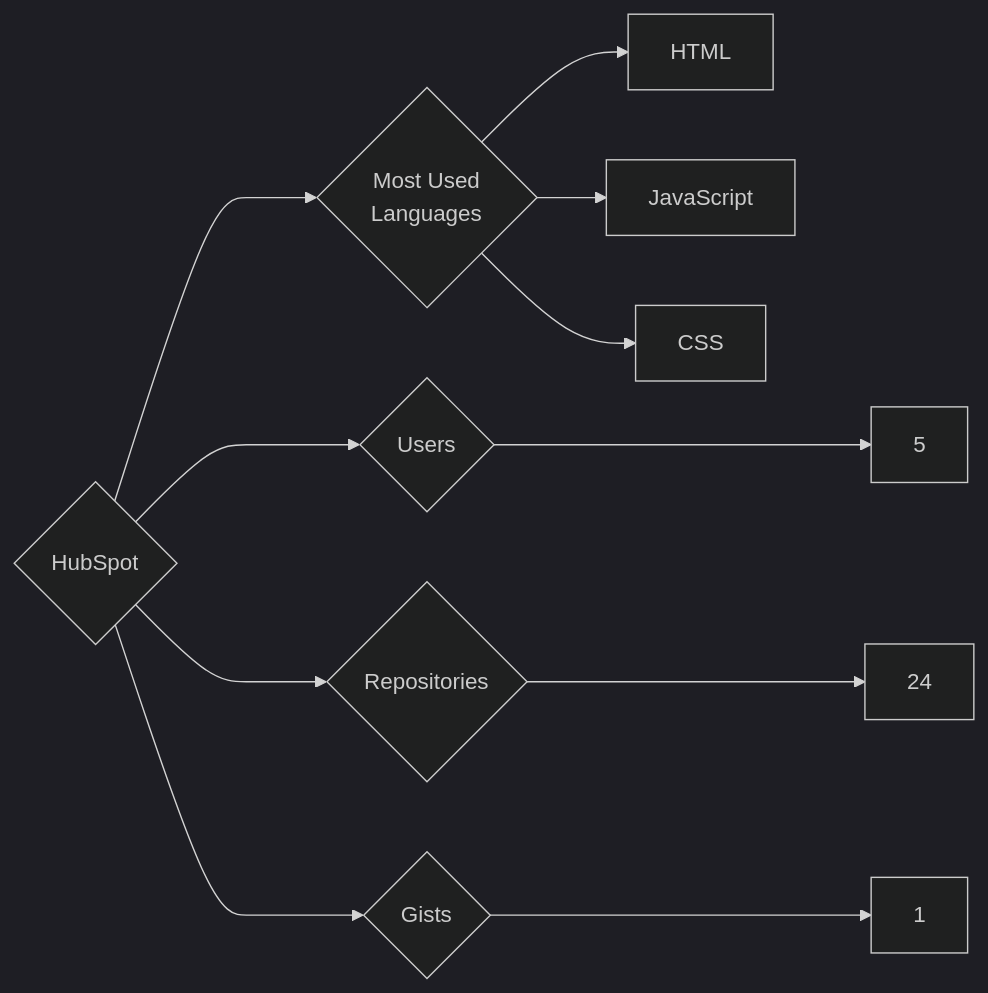
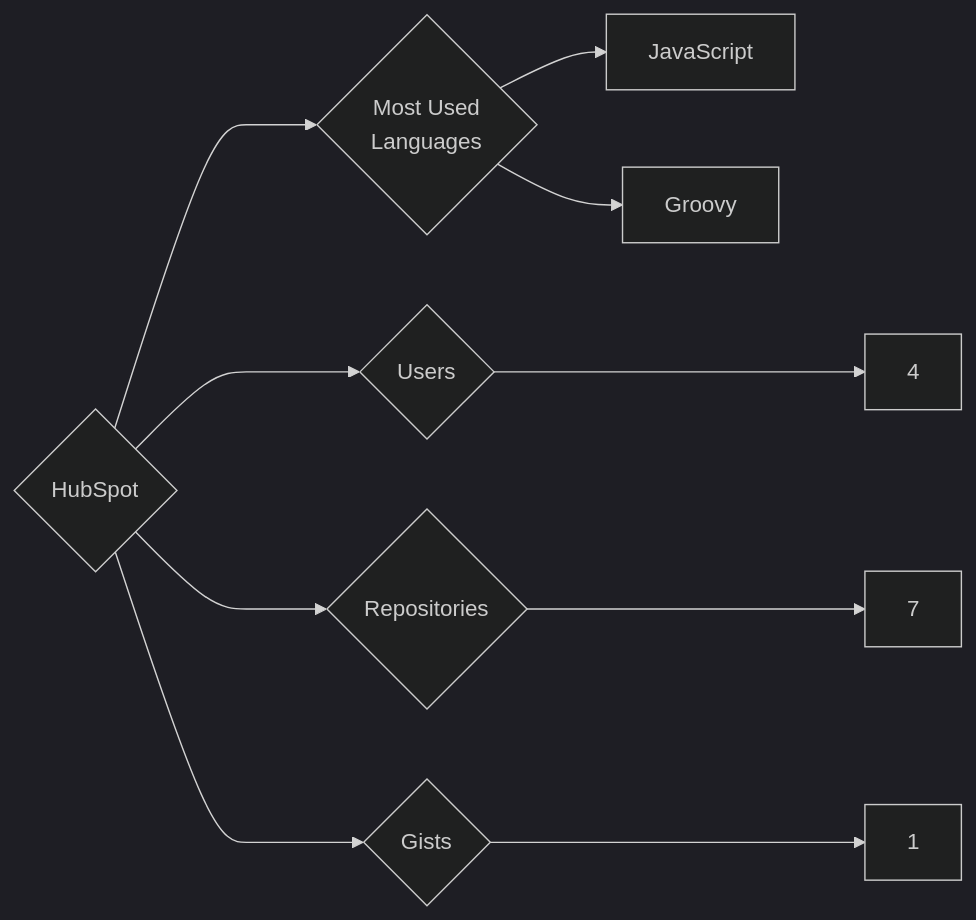
The diagram in targets/HubSpot/README.md (trickest/insiders), drawn with Mermaid (dark theme) before and after one commit. The commit also changed 840 other files, not shown here.

````diff
--- a/targets/HubSpot/README.md
+++ b/targets/HubSpot/README.md
@@ -3,11 +3,10 @@
 ```mermaid
 graph LR
 COMPANY_NAME{HubSpot}
-COMPANY_NAME ---> U{Users} ---> UN[5]
-COMPANY_NAME ---> R{Repositories} ---> RN[24]
+COMPANY_NAME ---> U{Users} ---> UN[4]
+COMPANY_NAME ---> R{Repositories} ---> RN[7]
 COMPANY_NAME ---> G{Gists} ---> GN[1]
 COMPANY_NAME ---> ML{Most Used<br>Languages}
-ML --> HTML[HTML]
 ML --> JavaScript[JavaScript]
-ML --> CSS[CSS]
+ML --> Groovy[Groovy]
 ```
````
